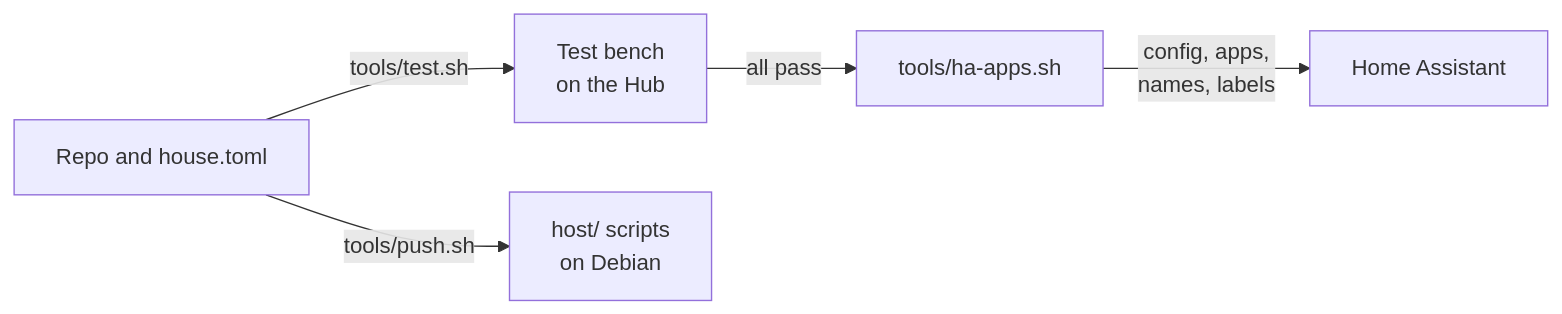
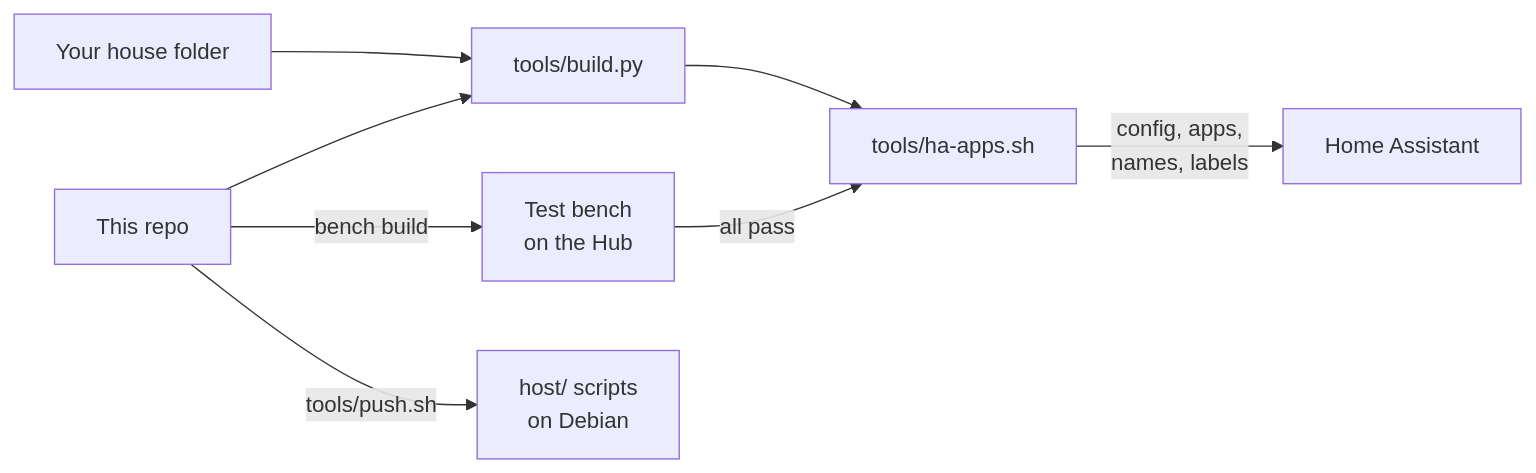
One commit to SettlingAbyss96/fosters-home-hub changed the third of 3 diagrams in docs/architecture.md. Above: the diagram before and after it, drawn with Mermaid. The commit also changed other lines of this file and 56 other files, not shown here.

````diff
--- a/docs/architecture.md
+++ b/docs/architecture.md
@@ -114,7 +114,10 @@
 ```mermaid
 flowchart LR
-    R[Repo and house.toml] -->|tools/test.sh| B[Test bench<br/>on the Hub]
+    R[This repo] -->|bench build| B[Test bench<br/>on the Hub]
+    R --> D[tools/build.py]
+    F[Your house folder] --> D
     B -->|all pass| A[tools/ha-apps.sh]
+    D --> A
     A -->|config, apps,<br/>names, labels| HA[Home Assistant]
     R -->|tools/push.sh| H[host/ scripts<br/>on Debian]
 ```
````
